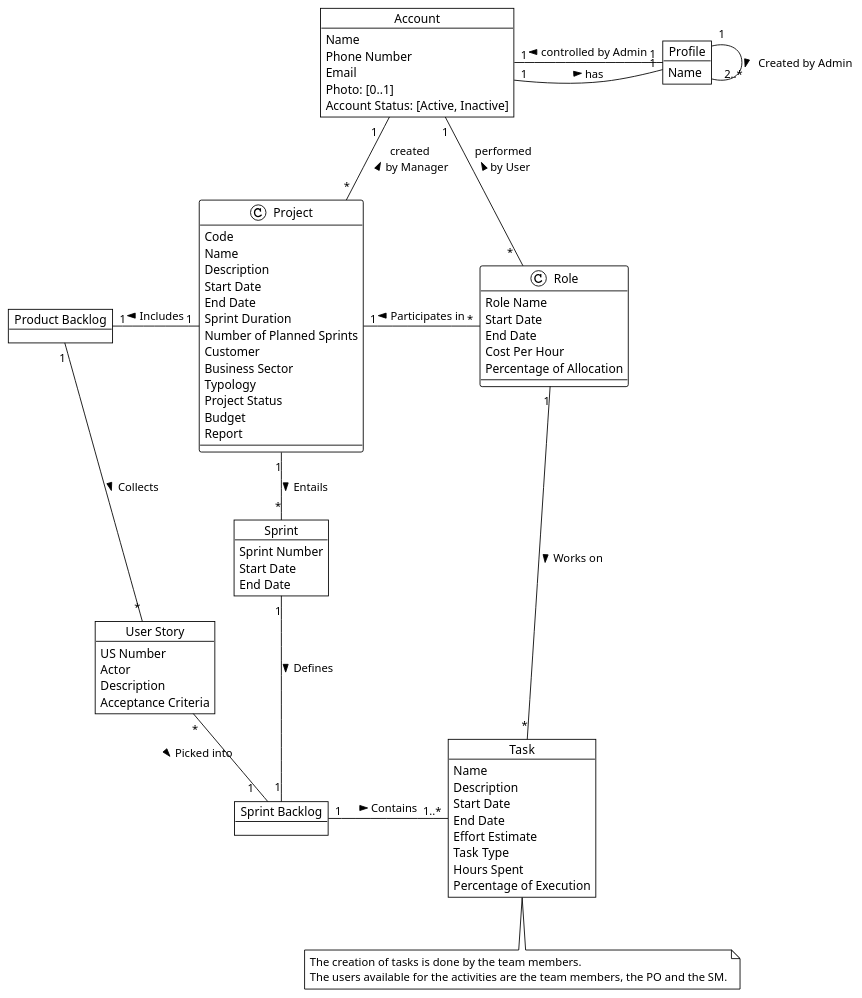
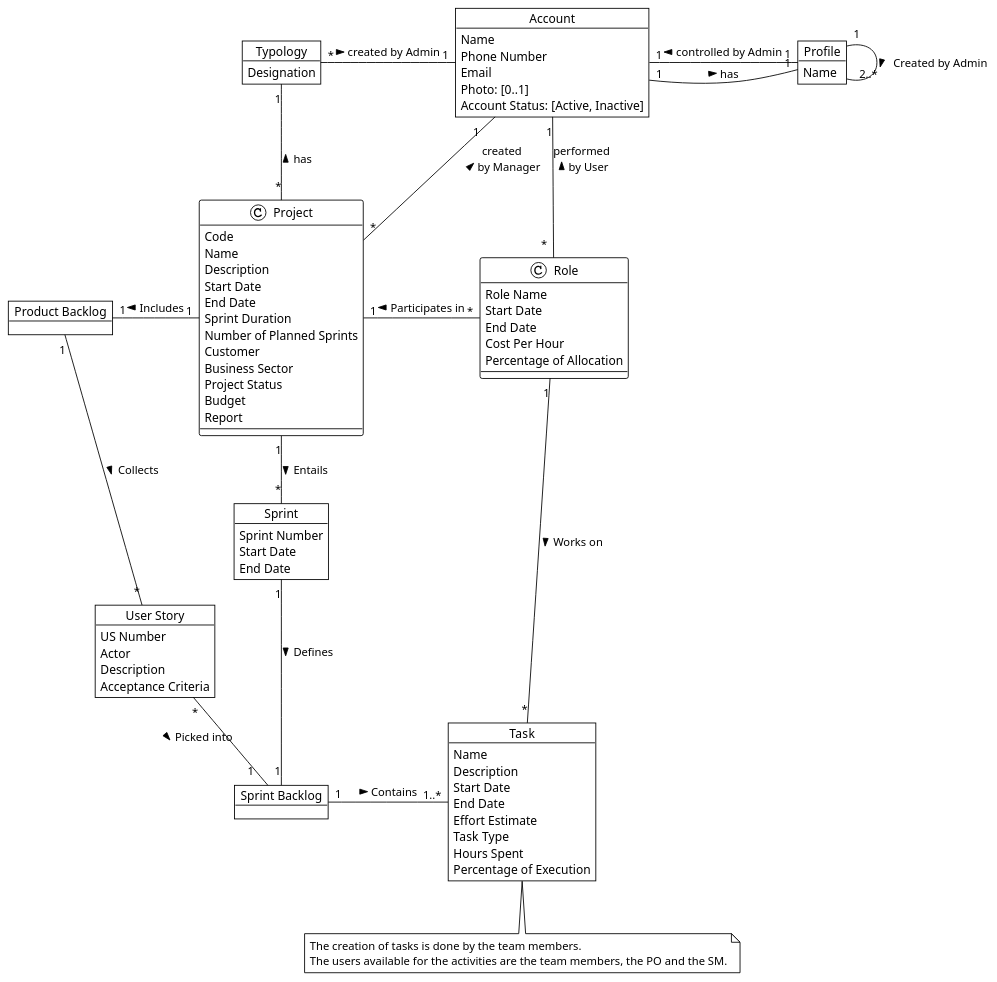
Before and after one commit to ivo-menezes/project_g3: the diagram in docs/modelling_design/domain_model_diagram/domain_model_diagram.puml, drawn with PlantUML.

Commit message:
Domain Model : Analysis : Added Typology Entity

```diff
--- a/docs/modelling_design/domain_model_diagram/domain_model_diagram.puml
+++ b/docs/modelling_design/domain_model_diagram/domain_model_diagram.puml
@@ -1,117 +1,123 @@
 @startuml
 !theme plain
 
 '--- part relevant to sprint 1
 
 Object Account {
 Name
 Phone Number
 Email
 Photo: [0..1]
 Account Status: [Active, Inactive]
 }
 
 Object Profile {
 Name
 }
 
 'together {
 'Object Administrator
 'Object Manager
 'Object User
 '}
 
 'Account <|-- Administrator
 'Account <|-- Manager
 'Account <|-- User
 Account "1"-right- "   1" Profile : has >
 Account "1"-- "1" Profile : controlled by Admin <
 Account "1   " -- "*" Project : created \n by Manager <
 Account "1" -- " *  " Role : performed \n by User <
 'Profile"1" -- "*"Account : controlled by \n administrator <
 'Profile "1"-- "*"Project : created by Manager <
 'Profile"1" -- "*"User : performed by User <
 
+Object Typology {
+Designation
+}
+
+Account "1" -left- "*" Typology : created by Admin <
+Typology "1" -- "*" Project : has <
+
 
 Object Project {
 Code
 Name
 Description
 Start Date
 End Date
 Sprint Duration
 Number of Planned Sprints
 Customer
 Business Sector
-Typology
 Project Status
 Budget
 ' Report could be its own conceptual class but we are not modelling with detail yet
 Report
 }
 
 ' following the Association Class Role pattern (Fig.11) from "Modeling Roles"
 ' Role attributes does not include Project Code because Larman says to avoid attributes that are like "foreign keys" (p.126)
 Object Role {
 Role Name
 Start Date
 End Date
 Cost Per Hour
 Percentage of Allocation
 }
 
 ' here "Controls" includes "creates,lists,changes profile, activates, inactivates"
 ' following Larman p.113 to be parsimonious about associations
 'Administrator "1" -up- "*" Account : Controls >
 'Manager "1" -down- "*" Project : Manages >
 'User "1" -down- "*" Role: Performs >
 Role "*" -left- "1" Project: Participates in >
 
 
 '--- additional stuff, not much detail for sprint 1
 ' put enduml tag before this comment to shorten diagram
 Object "Product Backlog" as PB
 
 Object "User Story" as US {
 US Number
 Actor
 Description
 Acceptance Criteria
 }
 
 Object Sprint {
 Sprint Number
 Start Date
 End Date
 }
 
 Object "Sprint Backlog" as SB
 
 Object Task {
 Name
 Description
 Start Date
 End Date
 Effort Estimate
 Task Type
 Hours Spent
 Percentage of Execution
 }
 
 
 Profile "1" -down- "  2..*" Profile: Created by Admin >
 Project "1" -down- "*" Sprint: Entails >
 Project "1" -left- "1" PB: Includes >
 PB "1" -down- "*" US: Collects >
 Sprint "1" -down- "1" SB: Defines >
 US "*" -right- "                      1" SB: Picked into >
 
 SB "1" -right- "   1..*" Task: Contains >
 Role "1" -down- "*" Task: Works on >
 'note on link: The creation of tasks is done by the team members.\nThe users available for the activities are the team members, the PO and the SM.
 
 
 note "The creation of tasks is done by the team members.\nThe users available for the activities are the team members, the PO and the SM." as N1
 Task .down. N1
 
 @enduml
```
